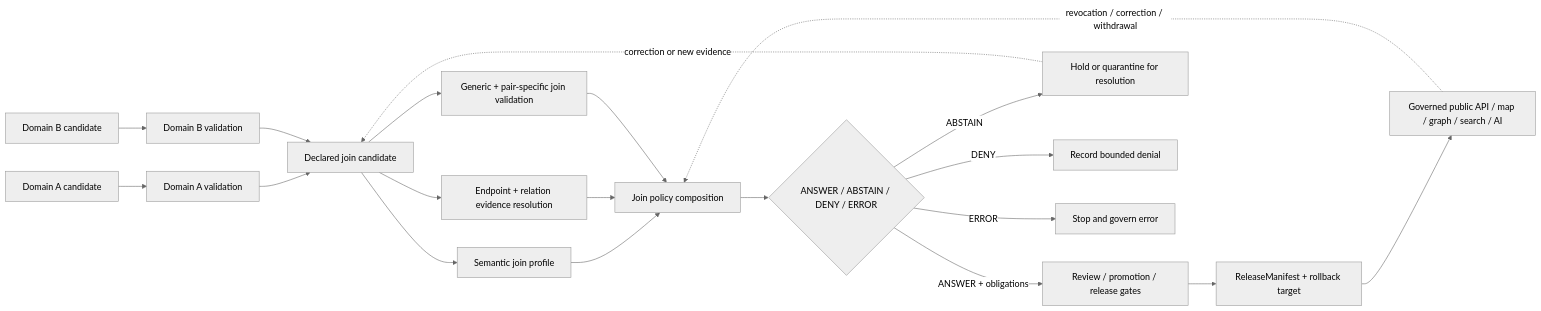
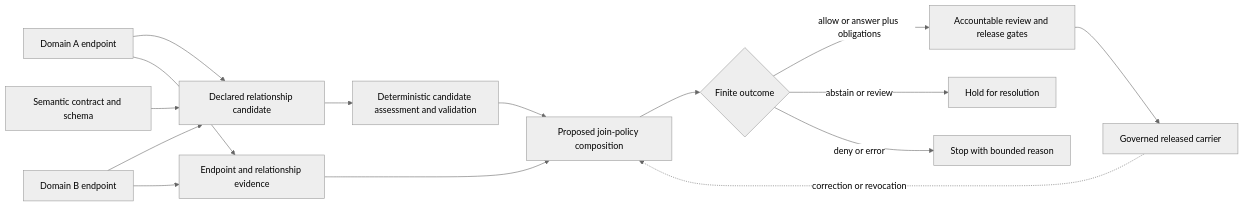
Before and after one commit to bartytime4life/Kansas-Frontier-Matrix: the diagram in policy/joins/README.md, drawn with Mermaid (neutral theme). The commit also changed other lines of this file and 1 other file, not shown here.

Commit message:
docs(policy): modernize joins boundary

````diff
--- a/policy/joins/README.md
+++ b/policy/joins/README.md
@@ -899,22 +485,17 @@
 ```mermaid
 flowchart LR
-  A[Domain A candidate] --> VA[Domain A validation]
-  B[Domain B candidate] --> VB[Domain B validation]
-  VA --> J[Declared join candidate]
-  VB --> J
-  J --> C[Semantic join profile]
-  J --> E[Endpoint + relation evidence resolution]
-  J --> V[Generic + pair-specific join validation]
-  C --> P[Join policy composition]
+  A[Domain A endpoint] --> J[Declared relationship candidate]
+  B[Domain B endpoint] --> J
+  C[Semantic contract and schema] --> J
+  J --> V[Deterministic candidate assessment and validation]
+  A --> E[Endpoint and relationship evidence]
+  B --> E
+  V --> P[Proposed join-policy composition]
   E --> P
-  V --> P
-  P --> O{ANSWER / ABSTAIN / DENY / ERROR}
-  O -->|ANSWER + obligations| R[Review / promotion / release gates]
-  O -->|ABSTAIN| H[Hold or quarantine for resolution]
-  O -->|DENY| D[Record bounded denial]
-  O -->|ERROR| X[Stop and govern error]
-  R --> M[ReleaseManifest + rollback target]
-  M --> G[Governed public API / map / graph / search / AI]
-  H -. correction or new evidence .-> J
-  G -. revocation / correction / withdrawal .-> P
+  P --> O{Finite outcome}
+  O -->|allow or answer plus obligations| R[Accountable review and release gates]
+  O -->|abstain or review| H[Hold for resolution]
+  O -->|deny or error| X[Stop with bounded reason]
+  R --> U[Governed released carrier]
+  U -. correction or revocation .-> P
 ```
````
